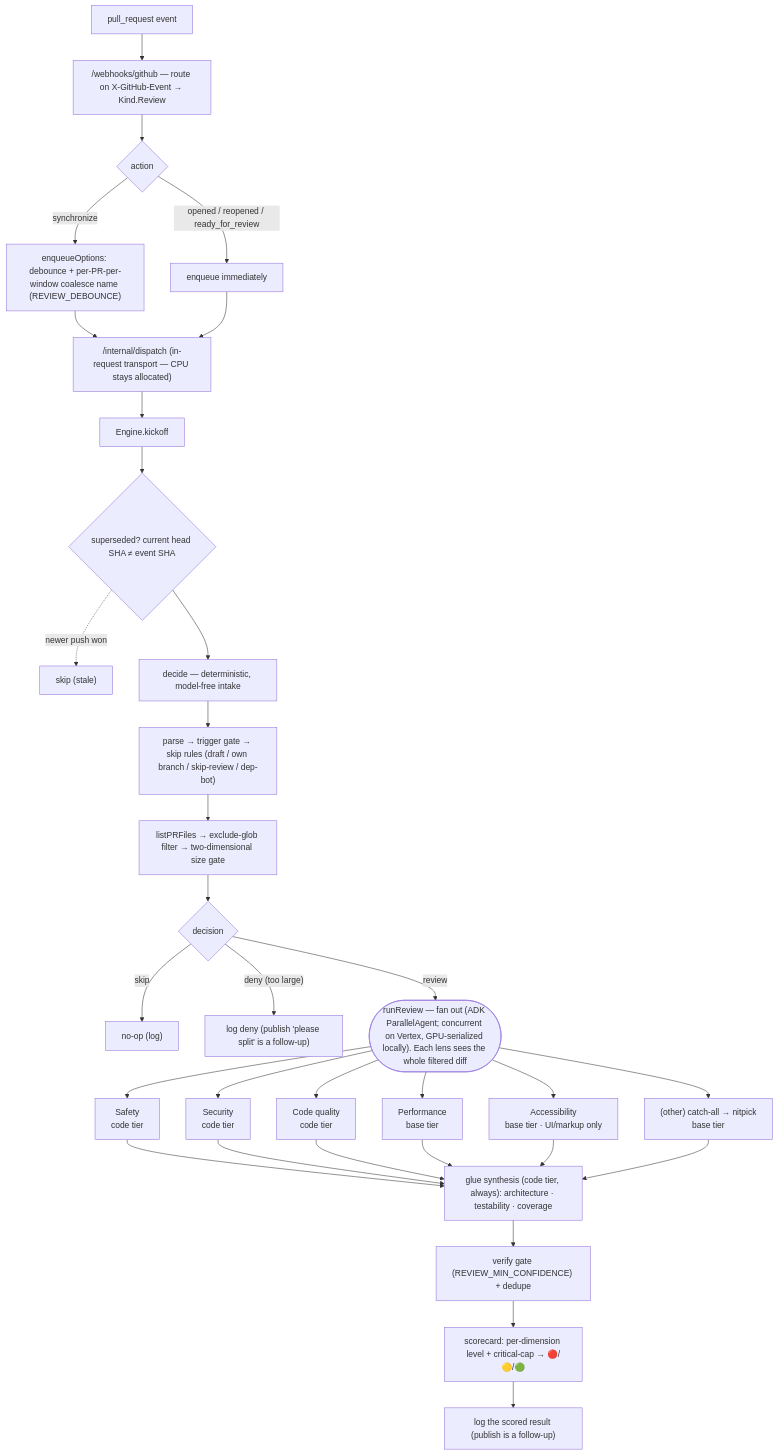
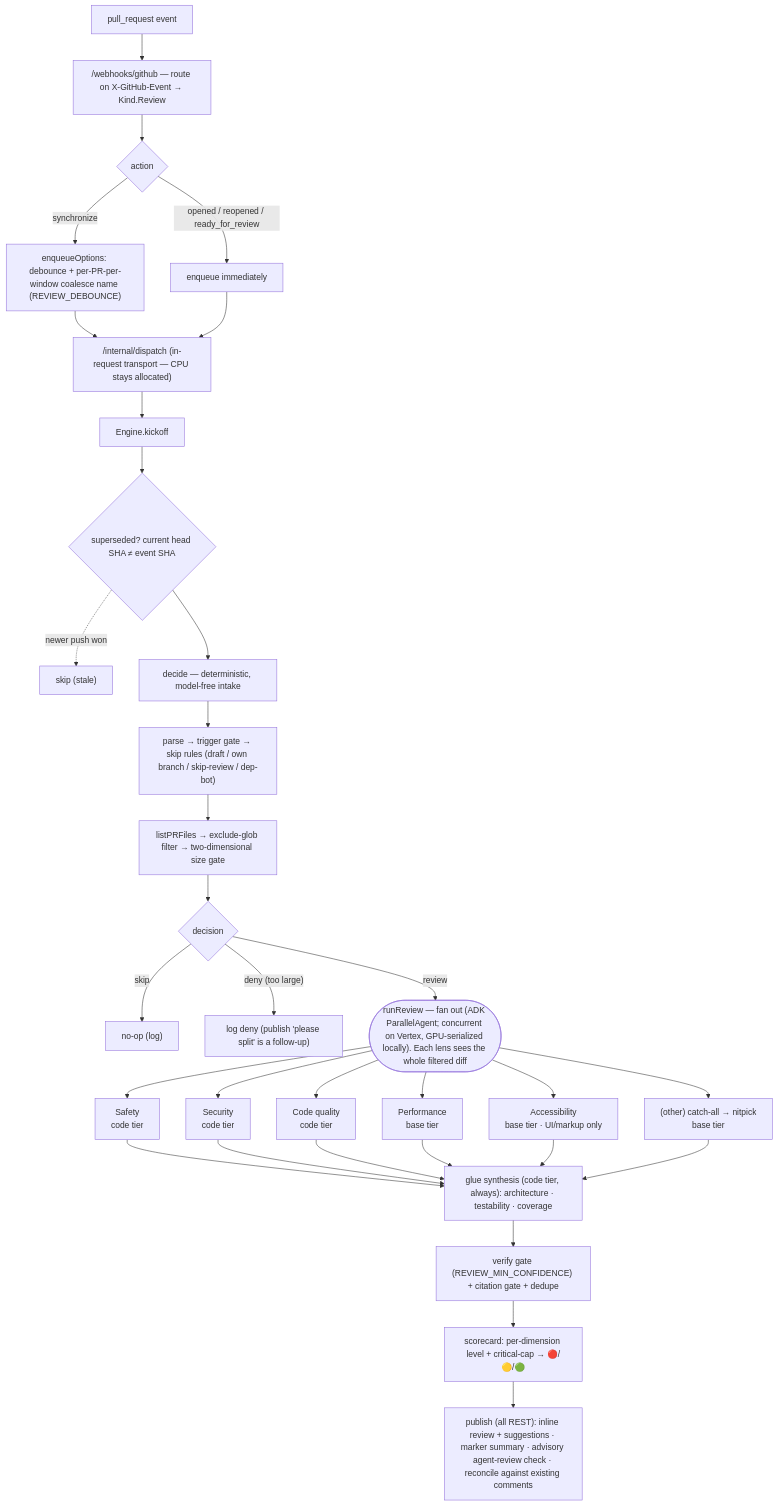
Before and after one commit to jkjamies/automation-agent: the diagram in javascript/src/agent/reviewer/AGENTS.md, drawn with Mermaid. The commit also changed other lines of this file and 16 other files, not shown here.

````diff
--- a/javascript/src/agent/reviewer/AGENTS.md
+++ b/javascript/src/agent/reviewer/AGENTS.md
@@ -18,35 +15,35 @@
 ```mermaid
 flowchart TD
     EV["pull_request event"] --> WH["/webhooks/github — route on X-GitHub-Event → Kind.Review"]
     WH --> EQ{action}
     EQ -->|synchronize| DEB["enqueueOptions: debounce + per-PR-per-window coalesce name (REVIEW_DEBOUNCE)"]
     EQ -->|"opened / reopened / ready_for_review"| IMM["enqueue immediately"]
     DEB --> DISP["/internal/dispatch (in-request transport — CPU stays allocated)"]
     IMM --> DISP
     DISP --> KO["Engine.kickoff"]
     KO --> STALE{"superseded? current head SHA ≠ event SHA"}
     STALE -.->|newer push won| SKST["skip (stale)"]
     STALE --> DEC["decide — deterministic, model-free intake"]
     DEC --> D1["parse → trigger gate → skip rules (draft / own branch / skip-review / dep-bot)"]
     D1 --> D2["listPRFiles → exclude-glob filter → two-dimensional size gate"]
     D2 --> DK{decision}
     DK -->|skip| NOOP["no-op (log)"]
     DK -->|"deny (too large)"| DENY["log deny (publish 'please split' is a follow-up)"]
     DK -->|review| FAN(["runReview — fan out (ADK ParallelAgent; concurrent on Vertex, GPU-serialized locally). Each lens sees the whole filtered diff"])
     FAN --> C1["Safety<br/>code tier"]
     FAN --> C2["Security<br/>code tier"]
     FAN --> C3["Code quality<br/>code tier"]
     FAN --> C4["Performance<br/>base tier"]
     FAN --> C5["Accessibility<br/>base tier · UI/markup only"]
     FAN --> C6["(other) catch-all → nitpick<br/>base tier"]
     C1 --> GLUE
     C2 --> GLUE
     C3 --> GLUE
     C4 --> GLUE
     C5 --> GLUE
     C6 --> GLUE
     GLUE["glue synthesis (code tier, always): architecture · testability · coverage"]
-    GLUE --> GATE["verify gate (REVIEW_MIN_CONFIDENCE) + dedupe"]
+    GLUE --> GATE["verify gate (REVIEW_MIN_CONFIDENCE) + citation gate + dedupe"]
     GATE --> SCORE["scorecard: per-dimension level + critical-cap → 🔴/🟡/🟢"]
-    SCORE --> LOG["log the scored result (publish is a follow-up)"]
+    SCORE --> PUB["publish (all REST): inline review + suggestions · marker summary · advisory agent-review check · reconcile against existing comments"]
 ```
````
